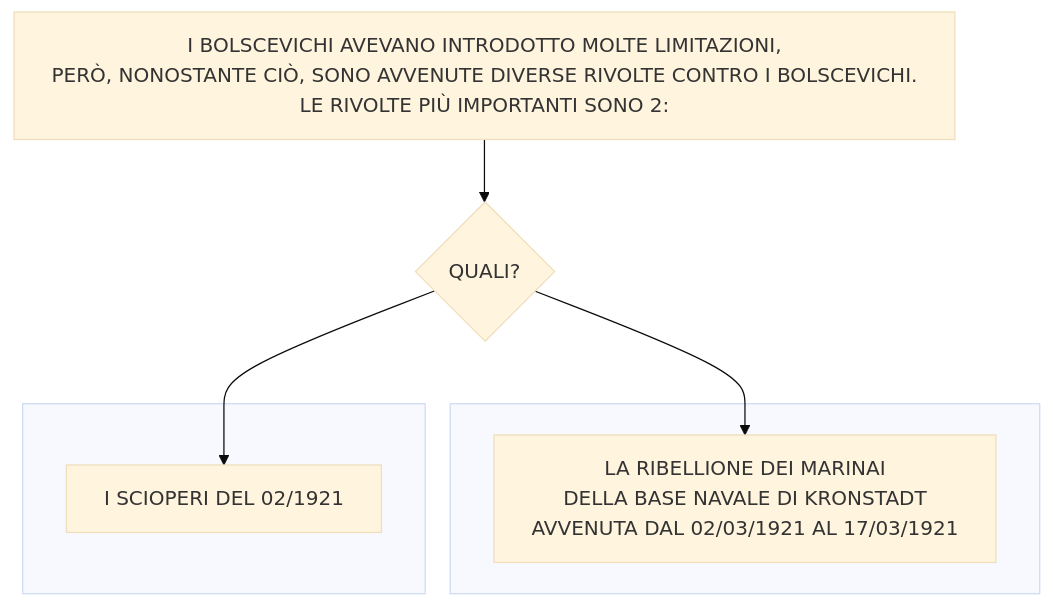
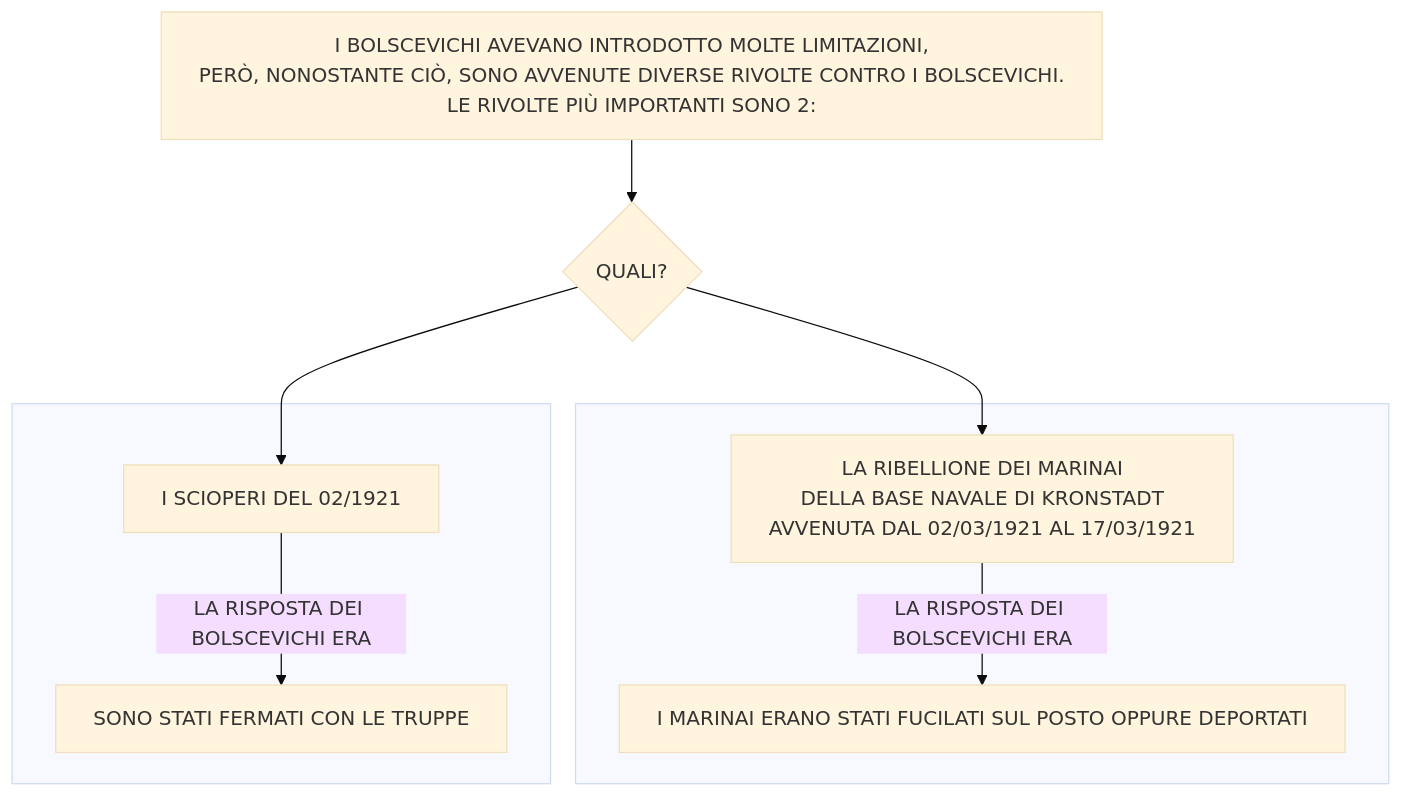
Diagram 15 of 15 in stalinismoRiscrittura.md (Laaouatni/ricerca-storia-MermaidJS), drawn with Mermaid (base theme) before and after one commit.

````diff
--- a/stalinismoRiscrittura.md
+++ b/stalinismoRiscrittura.md
@@ -302,13 +302,17 @@
 ```mermaid
 %%{init: { "flowchart": { "wrappingWidth": 800 } }}%%
 flowchart TB
   0[I BOLSCEVICHI AVEVANO INTRODOTTO MOLTE LIMITAZIONI, <BR> PERÒ, NONOSTANTE CIÒ, SONO AVVENUTE DIVERSE RIVOLTE CONTRO I BOLSCEVICHI. <BR>LE RIVOLTE PIÙ IMPORTANTI SONO 2:]
   3{QUALI?}
   subgraph 10[" "]
     1[I SCIOPERI DEL 02/1921]
+    100[SONO STATI FERMATI CON LE TRUPPE]
+    1 -->|LA RISPOSTA DEI BOLSCEVICHI ERA| 100
   end
   subgraph 20[" "]
     2[LA RIBELLIONE DEI MARINAI <br> DELLA BASE NAVALE DI KRONSTADT <br>AVVENUTA DAL 02/03/1921 AL 17/03/1921]
+    200[I MARINAI ERANO STATI FUCILATI SUL POSTO OPPURE DEPORTATI]
+    2 -->|LA RISPOSTA DEI BOLSCEVICHI ERA| 200
   end
   0 --> 3 --> 1 & 2
 ```
````
